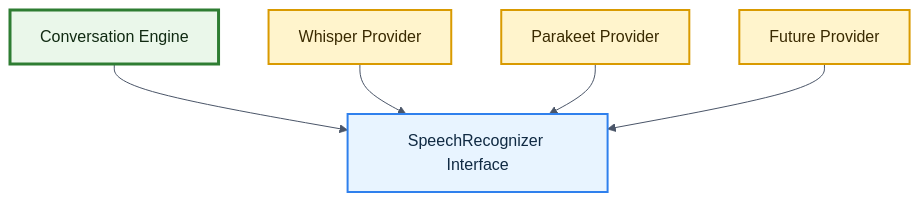
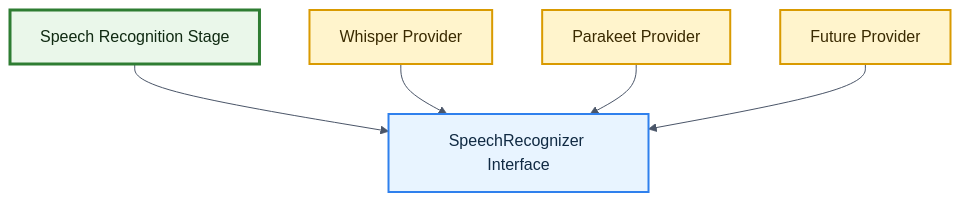
One commit to namanSR-dev/voxcore changed the third of 4 diagrams in docs/02-system-architecture/03-architectural-principles.md. Above: the diagram before and after it, drawn with Mermaid. The commit also changed other lines of this file and 10 other files, not shown here.

Commit message:
docs(architecture): define VoxCore system architecture

````diff
--- a/docs/02-system-architecture/03-architectural-principles.md
+++ b/docs/02-system-architecture/03-architectural-principles.md
@@ -186,18 +190,18 @@
 ```mermaid
 %%{init: {"theme": "base", "themeVariables": {"primaryColor": "#F7FAFC", "primaryTextColor": "#102A43", "primaryBorderColor": "#4A5568", "lineColor": "#4A5568", "fontFamily": "Inter, Segoe UI, Arial"}}}%%
 flowchart TD
-    engine["Conversation Engine"]:::core
+    engine["Speech Recognition Stage"]:::core
     recognizer["SpeechRecognizer Interface"]:::interface
     whisper["Whisper Provider"]:::provider
     parakeet["Parakeet Provider"]:::provider
     future["Future Provider"]:::provider
 
     engine --> recognizer
     whisper --> recognizer
     parakeet --> recognizer
     future --> recognizer
 
     classDef core fill:#EAF7EA,stroke:#2E7D32,color:#102A12,stroke-width:3px;
     classDef interface fill:#E8F4FF,stroke:#2F80ED,color:#102A43,stroke-width:2px;
     classDef provider fill:#FFF4CC,stroke:#D99A00,color:#3A2A00,stroke-width:2px;
 ```
````
